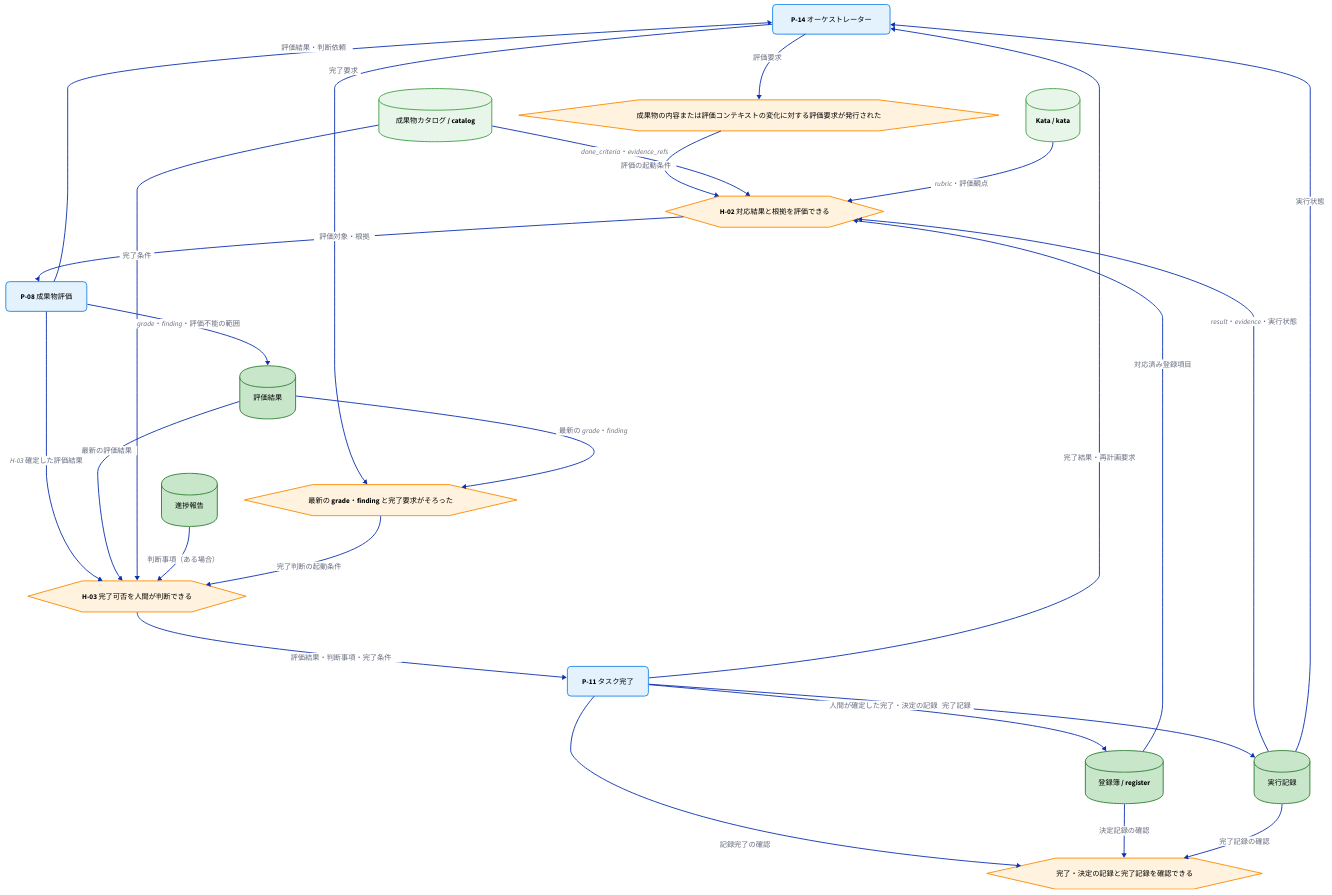
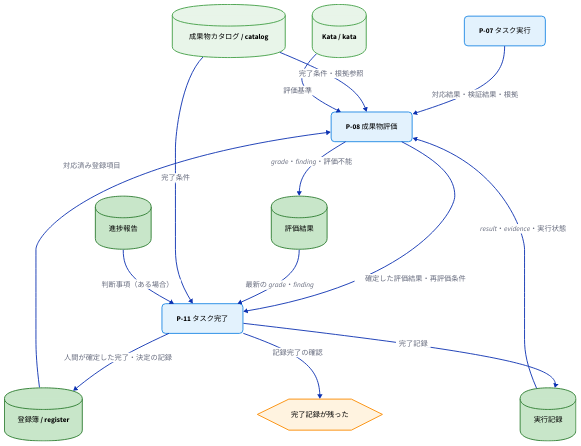
One commit to specdojo/specdojo changed the second of 3 diagrams in docs/ja/product/010-business-specs/010-data-flow/cdfd-uc-register.md. Above: the diagram before and after it, drawn with D2. The commit also changed other lines of this file and 4 other files, not shown here.

Commit message:
exec(T-DATA-FLOW-UC-REWRITE-cdfd-uc-register-010): apply task changes

````diff
--- a/docs/ja/product/010-business-specs/010-data-flow/cdfd-uc-register.md
+++ b/docs/ja/product/010-business-specs/010-data-flow/cdfd-uc-register.md
@@ -220,25 +188,13 @@
       font-color: "#000000"
     }
   }
-  actor: {
-    shape: rectangle
-    style: {
-      fill: "#f5f7fa"
-      stroke: "#607d8b"
-      font-color: "#000000"
-    }
-  }
 }
 
-orchestrator: "P-14 オーケストレーター" { class: process }
+execute: "P-07 タスク実行" { class: process }
 evaluate: "P-08 成果物評価" { class: process }
 complete: "P-11 タスク完了" { class: process }
 
-h02: "H-02 対応結果と根拠を評価できる" { class: event }
-evaluation_requested: "成果物の内容または評価コンテキストの変化に対する評価要求が発行された" { class: event }
-h03: "H-03 完了可否を人間が判断できる" { class: event }
-completion_requested: "最新の grade・finding と完了要求がそろった" { class: event }
-finish: "完了・決定の記録と完了記録を確認できる" { class: event }
+finish: "完了記録が残った" { class: event }
 kata: "Kata / kata" { class: store_master }
 catalog: "成果物カタログ / catalog" { class: store_master }
 register: "登録簿 / register" { class: store_transaction }
@@ -246,28 +202,17 @@
 grade: "評価結果" { class: store_transaction }
 progress: "進捗報告" { class: store_transaction }
 
-orchestrator -> evaluation_requested: "評価要求"
-evaluation_requested -> h02: "評価の起動条件"
-register -> h02: "対応済み登録項目"
-exec_log -> h02: "result・evidence・実行状態"
-catalog -> h02: "done_criteria・evidence_refs"
-kata -> h02: "rubric・評価観点"
-h02 -> evaluate: "評価対象・根拠"
-evaluate -> grade: "grade・finding・評価不能の範囲"
-evaluate -> h03: "H-03 確定した評価結果"
-grade -> h03: "最新の評価結果"
-catalog -> h03: "完了条件"
-progress -> h03: "判断事項（ある場合）"
-orchestrator -> completion_requested: "完了要求"
-grade -> completion_requested: "最新の grade・finding"
-completion_requested -> h03: "完了判断の起動条件"
-h03 -> complete: "評価結果・判断事項・完了条件"
+execute -> evaluate: "対応結果・検証結果・根拠"
+register -> evaluate: "対応済み登録項目"
+exec_log -> evaluate: "result・evidence・実行状態"
+evaluate <- catalog: "完了条件・根拠参照"
+evaluate <- kata: "評価基準"
+evaluate -> grade: "grade・finding・評価不能"
+evaluate -> complete: "確定した評価結果・再評価条件"
+grade -> complete: "最新の grade・finding"
+complete <- catalog: "完了条件"
+complete <- progress: "判断事項（ある場合）"
 register <- complete: "人間が確定した完了・決定の記録"
 exec_log <- complete: "完了記録"
 complete -> finish: "記録完了の確認"
-register -> finish: "決定記録の確認"
-exec_log -> finish: "完了記録の確認"
-orchestrator <- exec_log: "実行状態"
-orchestrator <- evaluate: "評価結果・判断依頼"
-orchestrator <- complete: "完了結果・再計画要求"
 ```
````
